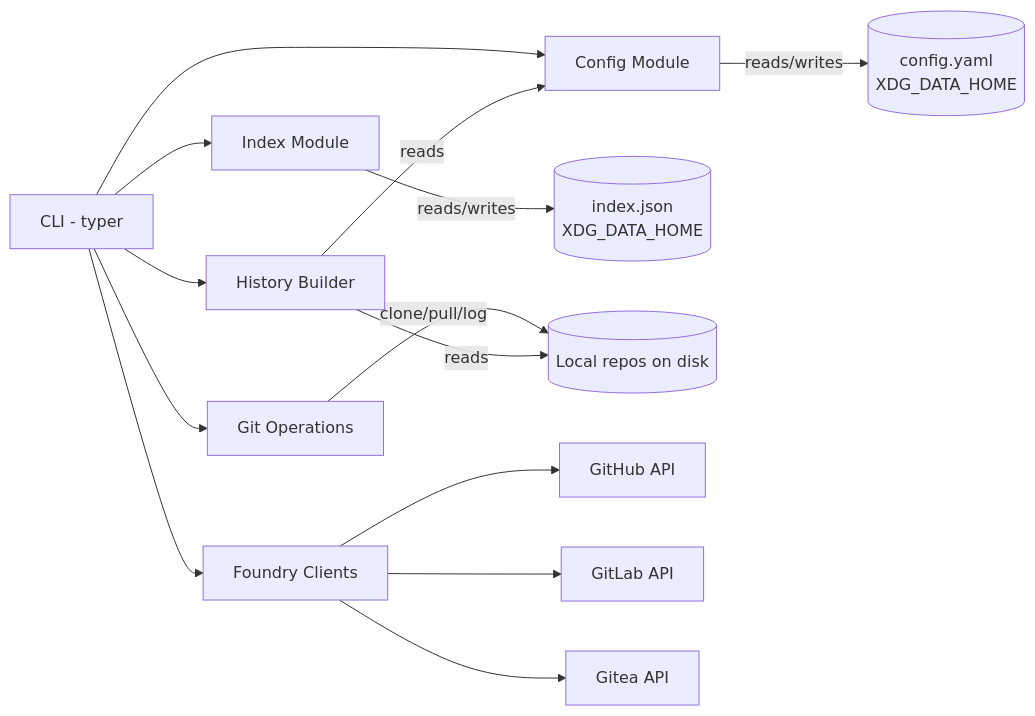
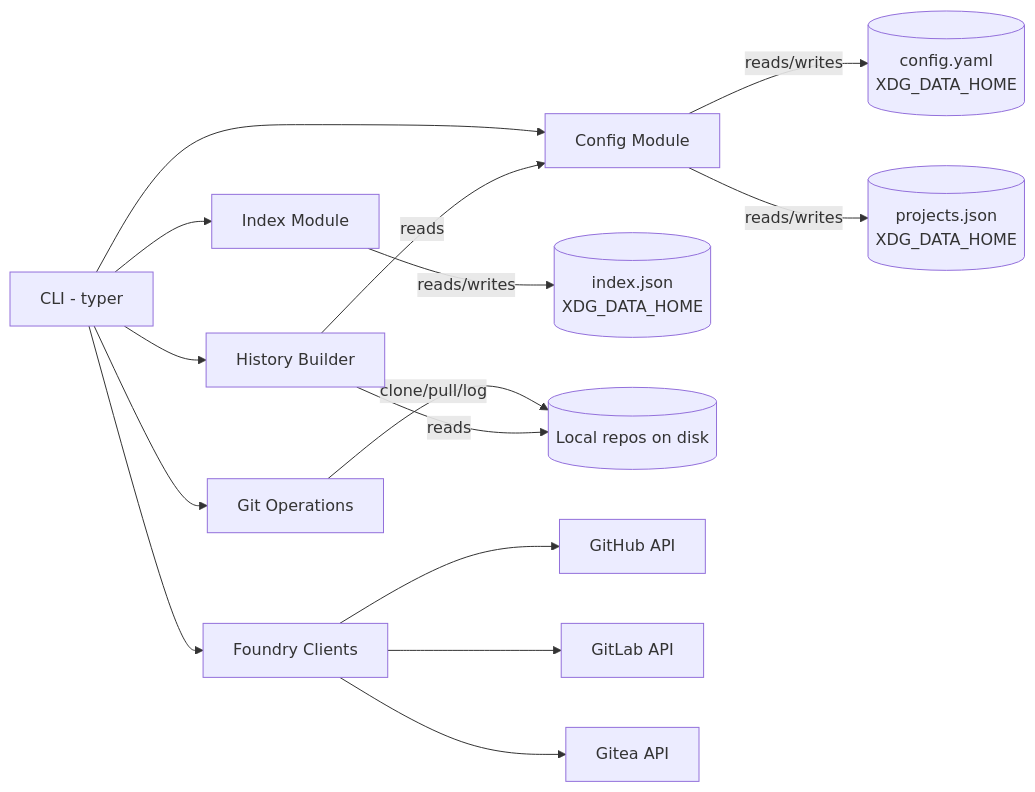
The diagram in docs/architecture.md (sjev/git-projects), drawn with Mermaid before and after one commit. The commit also changed other lines of this file and 2 other files, not shown here.

````diff
--- a/docs/architecture.md
+++ b/docs/architecture.md
@@ -29,19 +30,20 @@
 ```mermaid
 graph LR
     CLI[CLI - typer]
     CLI --> Config[Config Module]
     CLI --> Index[Index Module]
     CLI --> GitOps[Git Operations]
     CLI --> History[History Builder]
 
     Config -- reads/writes --> YAML[(config.yaml<br>XDG_DATA_HOME)]
+    Config -- reads/writes --> ProjJSON[(projects.json<br>XDG_DATA_HOME)]
     Index -- reads/writes --> JSON[(index.json<br>XDG_DATA_HOME)]
     GitOps -- clone/pull/log --> LocalRepos[(Local repos on disk)]
     History -- reads --> LocalRepos
     History -- reads --> Config
 
     CLI --> Foundry[Foundry Clients]
     Foundry --> GH[GitHub API]
     Foundry --> GL[GitLab API]
     Foundry --> GT[Gitea API]
 ```
````
